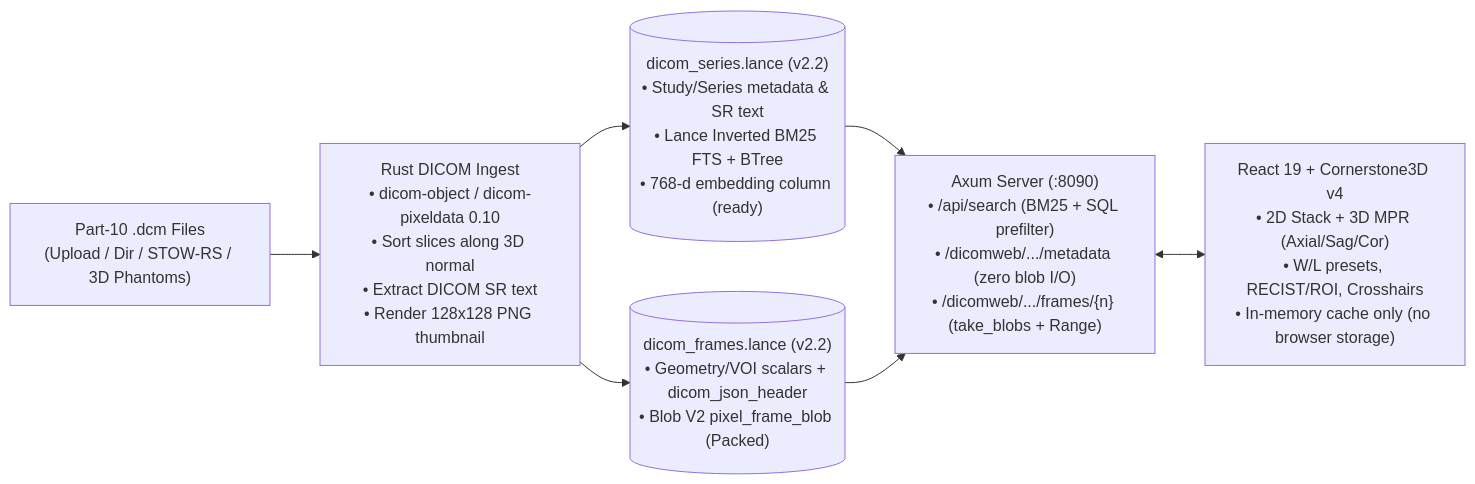
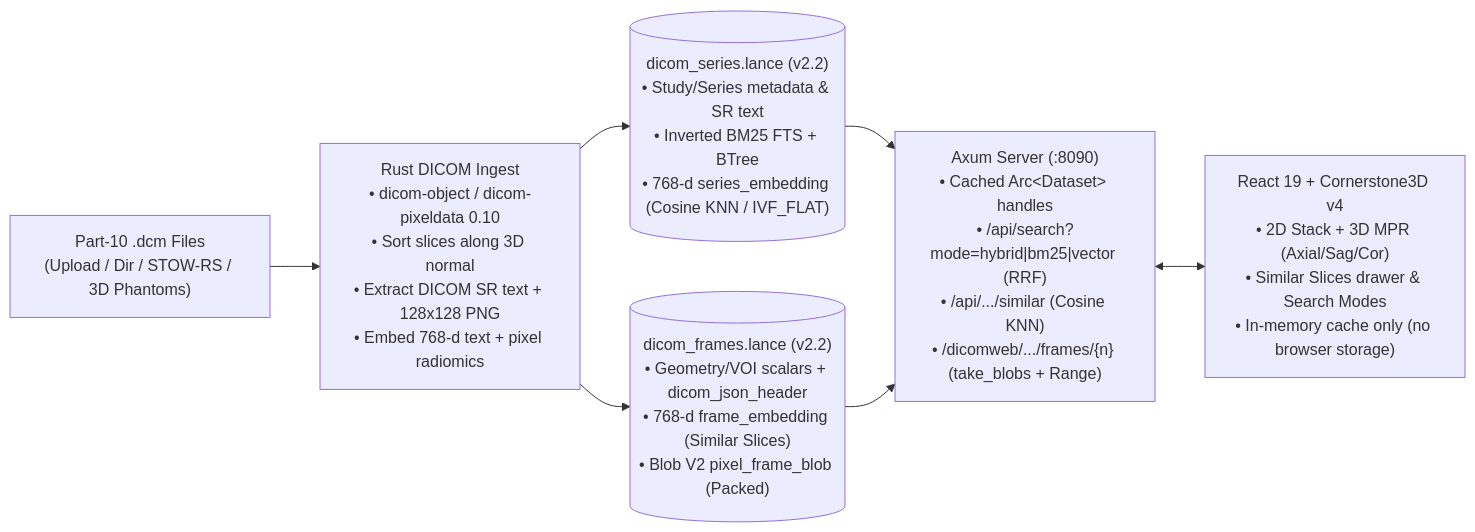
One commit to brucearctor/dicom-lance changed the diagram in README.md. Above: the diagram before and after it, drawn with Mermaid. The commit also changed other lines of this file and 17 other files, not shown here.

Commit message:
feat: add hybrid BM25+vector search, similar slices, dataset caching, and object store URIs

````diff
--- a/README.md
+++ b/README.md
@@ -12,8 +12,8 @@
 ```mermaid
 flowchart LR
-    DCM["Part-10 .dcm Files<br/>(Upload / Dir / STOW-RS / 3D Phantoms)"] --> ING["Rust DICOM Ingest<br/>• dicom-object / dicom-pixeldata 0.10<br/>• Sort slices along 3D normal<br/>• Extract DICOM SR text<br/>• Render 128x128 PNG thumbnail"]
-    ING --> SER[("dicom_series.lance (v2.2)<br/>• Study/Series metadata & SR text<br/>• Lance Inverted BM25 FTS + BTree<br/>• 768-d embedding column (ready)")]
-    ING --> FRM[("dicom_frames.lance (v2.2)<br/>• Geometry/VOI scalars + dicom_json_header<br/>• Blob V2 pixel_frame_blob (Packed)")]
-    SER & FRM --> API["Axum Server (:8090)<br/>• /api/search (BM25 + SQL prefilter)<br/>• /dicomweb/.../metadata (zero blob I/O)<br/>• /dicomweb/.../frames/{n} (take_blobs + Range)"]
-    API <--> UI["React 19 + Cornerstone3D v4<br/>• 2D Stack + 3D MPR (Axial/Sag/Cor)<br/>• W/L presets, RECIST/ROI, Crosshairs<br/>• In-memory cache only (no browser storage)"]
+    DCM["Part-10 .dcm Files<br/>(Upload / Dir / STOW-RS / 3D Phantoms)"] --> ING["Rust DICOM Ingest<br/>• dicom-object / dicom-pixeldata 0.10<br/>• Sort slices along 3D normal<br/>• Extract DICOM SR text + 128x128 PNG<br/>• Embed 768-d text + pixel radiomics"]
+    ING --> SER[("dicom_series.lance (v2.2)<br/>• Study/Series metadata & SR text<br/>• Inverted BM25 FTS + BTree<br/>• 768-d series_embedding (Cosine KNN / IVF_FLAT)")]
+    ING --> FRM[("dicom_frames.lance (v2.2)<br/>• Geometry/VOI scalars + dicom_json_header<br/>• 768-d frame_embedding (Similar Slices)<br/>• Blob V2 pixel_frame_blob (Packed)")]
+    SER & FRM --> API["Axum Server (:8090)<br/>• Cached Arc&lt;Dataset&gt; handles<br/>• /api/search?mode=hybrid|bm25|vector (RRF)<br/>• /api/.../similar (Cosine KNN)<br/>• /dicomweb/.../frames/{n} (take_blobs + Range)"]
+    API <--> UI["React 19 + Cornerstone3D v4<br/>• 2D Stack + 3D MPR (Axial/Sag/Cor)<br/>• Similar Slices drawer &amp; Search Modes<br/>• In-memory cache only (no browser storage)"]
 ```
````
